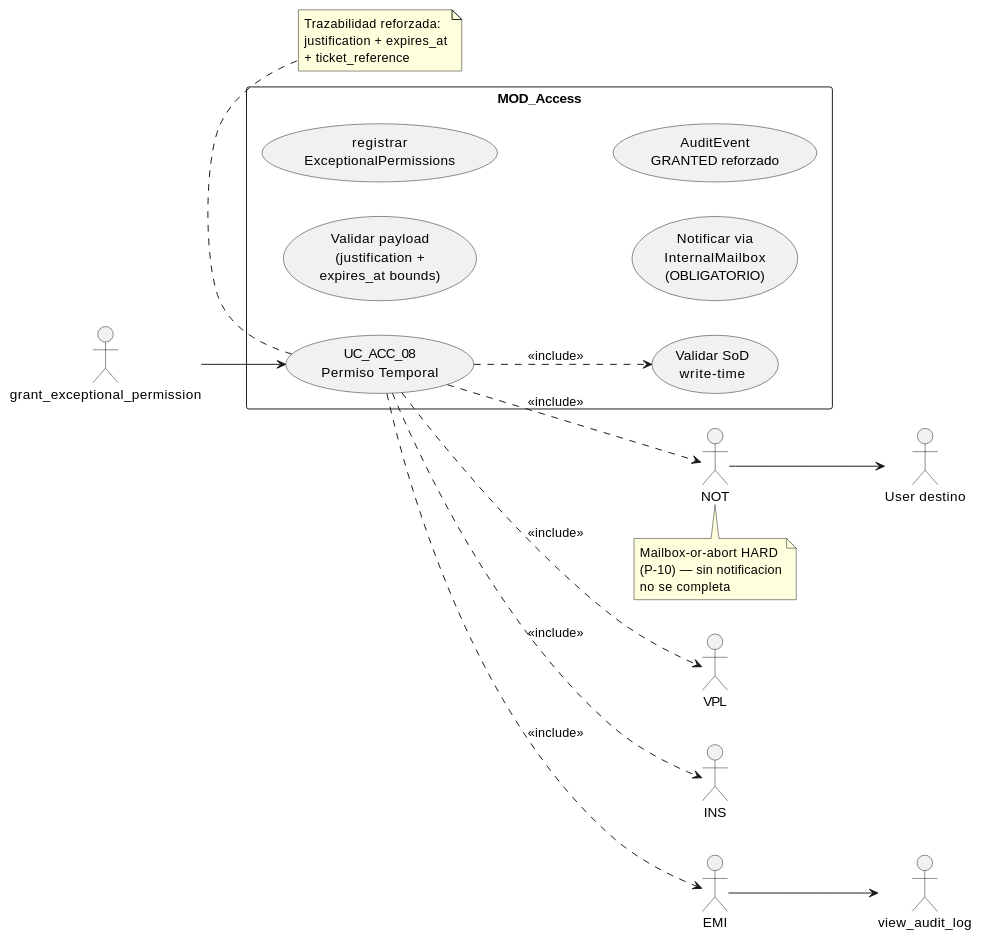
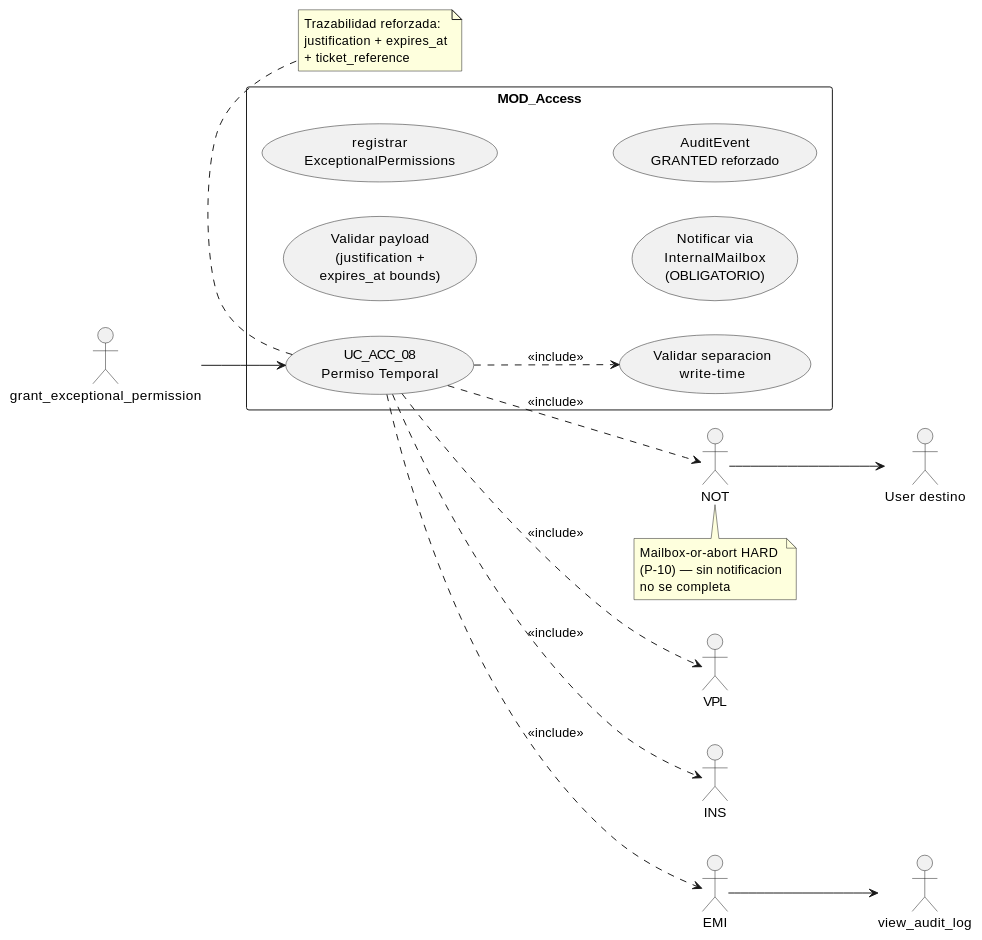
Before and after one commit to jcg-admin/IACT-docs: the diagram in source/requisitos/casos-uso/access/uc-acc-08/diagramas-uml/diagrama-de-caso-de-uso.rst, drawn with PlantUML. The commit also changed 148 other files, not shown here.

```diff
--- a/source/requisitos/casos-uso/access/uc-acc-08/diagramas-uml/diagrama-de-caso-de-uso.rst
+++ b/source/requisitos/casos-uso/access/uc-acc-08/diagramas-uml/diagrama-de-caso-de-uso.rst
@@ -4,40 +4,40 @@
 .. uml::
  :caption: UC_ACC_08 — actores y casos asociados
 
  @startuml
  left to right direction
 
  actor "grant_exceptional_permission" as INVOKER
  actor "User destino" as TARGET
  actor "view_audit_log" as view_audit_log
 
  rectangle "MOD_Access" {
    usecase "UC_ACC_08\nPermiso Temporal" as UC_ACC_08
    usecase "Validar payload\n(justification +\nexpires_at bounds)" as VistaPipeline
-   usecase "Validar SoD\nwrite-time" as VALIDAR_SOD
+   usecase "Validar separacion\nwrite-time" as VALIDAR_SEPARATION_RULES
    usecase "registrar\nExceptionalPermissions" as RegistrarDatos
    usecase "Notificar via\nInternalMailbox\n(OBLIGATORIO)" as NotificacionMailbox
    usecase "AuditEvent\nGRANTED reforzado" as AuditEmitter
  }
 
  INVOKER --> UC_ACC_08
  UC_ACC_08 ..> VPL : <<include>>
- UC_ACC_08 ..> VALIDAR_SOD : <<include>>
+ UC_ACC_08 ..> VALIDAR_SEPARATION_RULES : <<include>>
  UC_ACC_08 ..> INS : <<include>>
  UC_ACC_08 ..> NOT : <<include>>
  UC_ACC_08 ..> EMI : <<include>>
  NOT --> TARGET
  EMI --> view_audit_log
 
  note bottom of NOT
    Mailbox-or-abort HARD
    (P-10) — sin notificacion
    no se completa
  end note
  note bottom of UC_ACC_08
    Trazabilidad reforzada:
    justification + expires_at
    + ticket_reference
  end note
 
  @enduml
```
